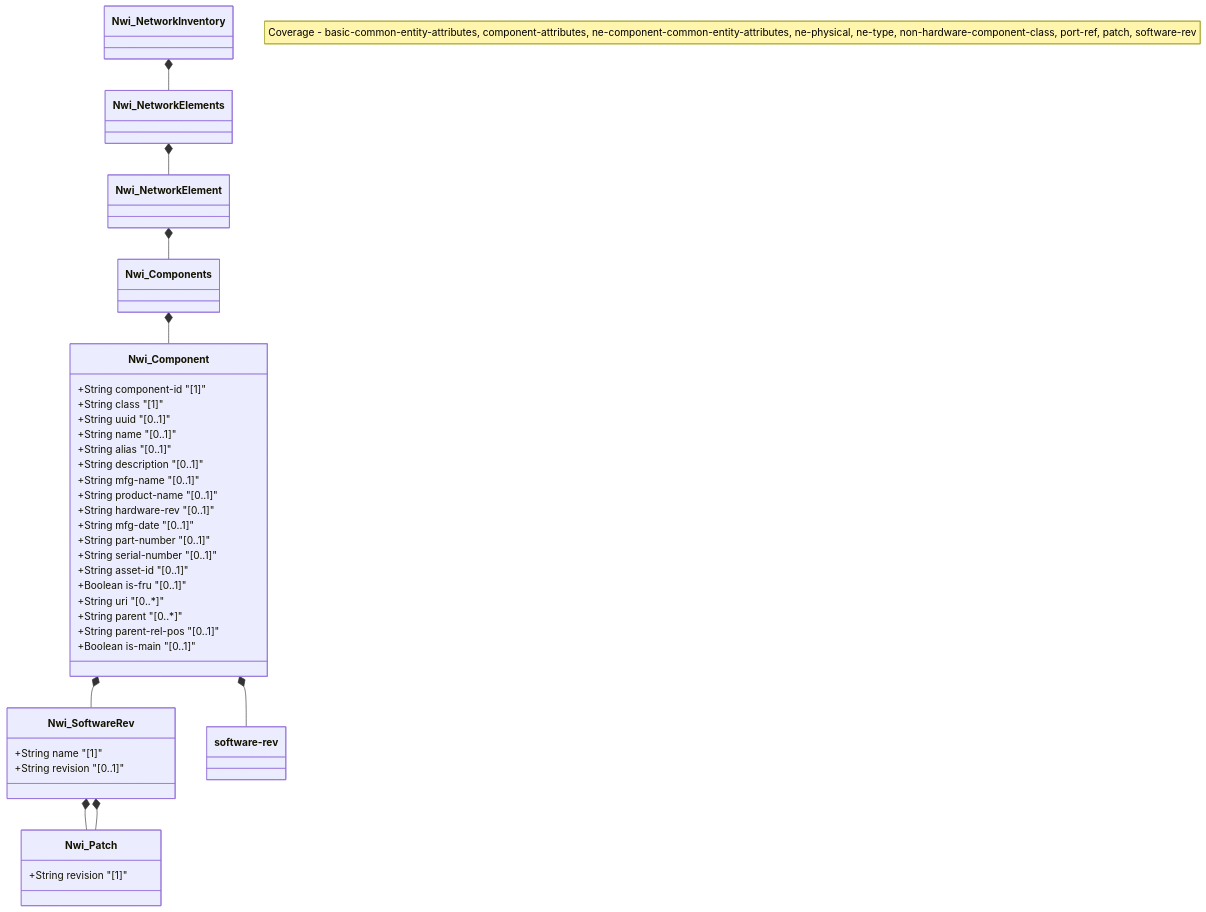
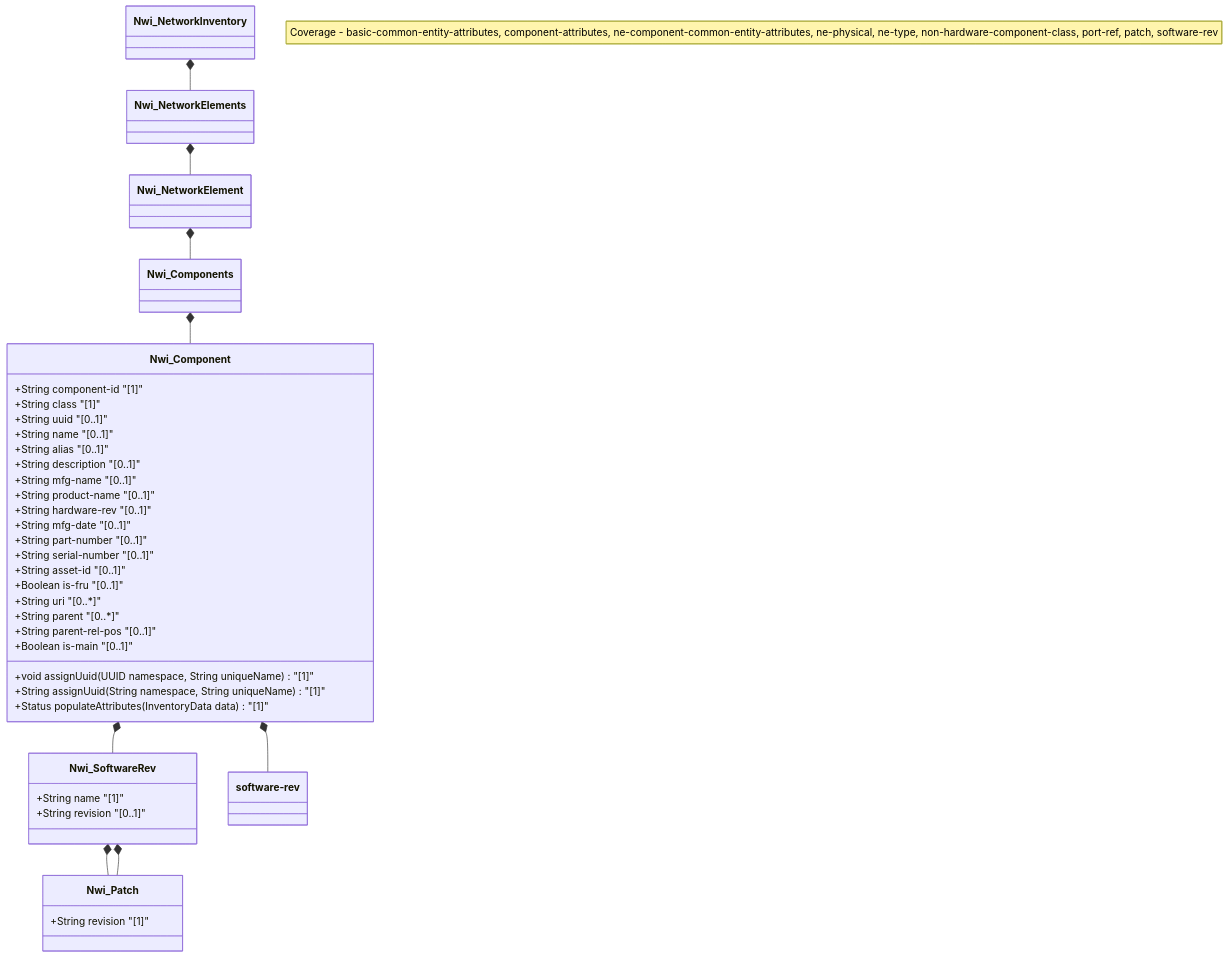
One commit to gintatkinson/3dgs-032 changed the diagram in docs/features/feat-16-components.md. Above: the diagram before and after it, drawn with Mermaid. The commit also changed 13 other files, not shown here.

````diff
--- a/docs/features/feat-16-components.md
+++ b/docs/features/feat-16-components.md
@@ -22,44 +22,47 @@
 ```mermaid
 classDiagram
     note "Coverage - basic-common-entity-attributes, component-attributes, ne-component-common-entity-attributes, ne-physical, ne-type, non-hardware-component-class, port-ref, patch, software-rev"
     class Nwi_NetworkInventory
     class Nwi_NetworkElements
     class Nwi_NetworkElement
     class Nwi_Components
     class Nwi_Component {
+        +void assignUuid(UUID namespace, String uniqueName) "[1]"
+        +String assignUuid(String namespace, String uniqueName) "[1]"
         +String component-id "[1]"
         +String class "[1]"
         +String uuid "[0..1]"
         +String name "[0..1]"
         +String alias "[0..1]"
         +String description "[0..1]"
         +String mfg-name "[0..1]"
         +String product-name "[0..1]"
         +String hardware-rev "[0..1]"
         +String mfg-date "[0..1]"
         +String part-number "[0..1]"
         +String serial-number "[0..1]"
         +String asset-id "[0..1]"
         +Boolean is-fru "[0..1]"
         +String uri "[0..*]"
         +String parent "[0..*]"
         +String parent-rel-pos "[0..1]"
         +Boolean is-main "[0..1]"
+        +Status populateAttributes(InventoryData data) "[1]"
     }
     class Nwi_SoftwareRev {
         +String name "[1]"
         +String revision "[0..1]"
     }
     class Nwi_Patch {
         +String revision "[1]"
     }
 
     Nwi_NetworkInventory *-- Nwi_NetworkElements
     Nwi_NetworkElements *-- Nwi_NetworkElement
     Nwi_NetworkElement *-- Nwi_Components
     Nwi_Components *-- Nwi_Component
     Nwi_Component *-- Nwi_SoftwareRev
     Nwi_SoftwareRev *-- Nwi_Patch
     Nwi_Component *-- `software-rev`
     Nwi_SoftwareRev *-- Nwi_Patch
 ```
````
